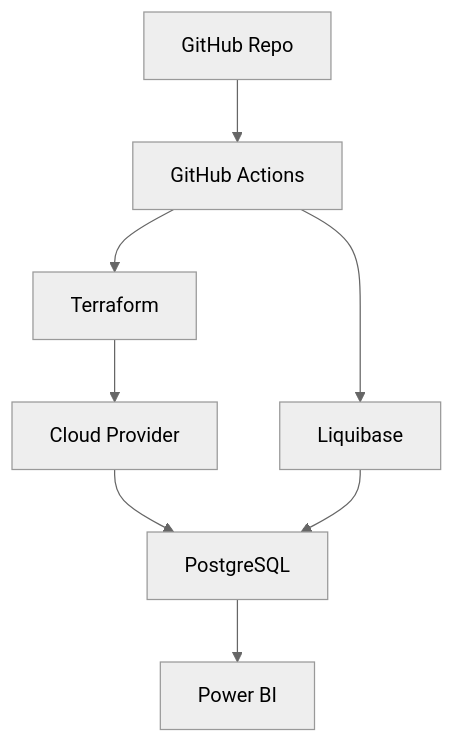
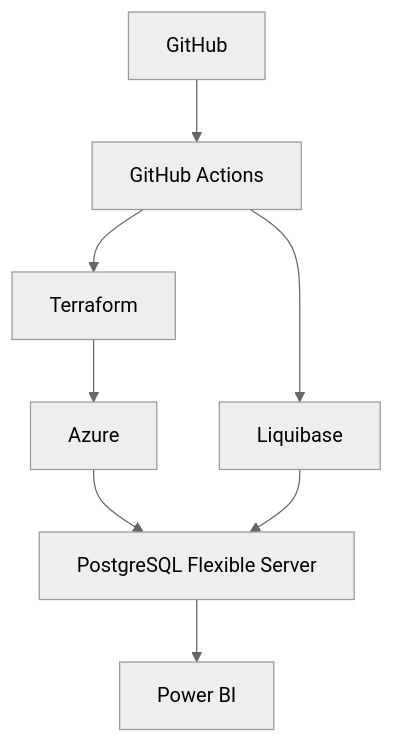
The second of 2 diagrams in README.md (UPT-FAING-EPIS/Examen_Andia_Navarro), drawn with Mermaid (neutral theme) before and after one commit. The commit also changed other lines of this file and 2 other files, not shown here.

Commit message:
Ordenar documentacion y diagramas final

````diff
--- a/README.md
+++ b/README.md
@@ -78,10 +78,10 @@
 ```mermaid
 flowchart TD
-    A[GitHub Repo] --> B[GitHub Actions]
+    A[GitHub] --> B[GitHub Actions]
     B --> C[Terraform]
-    C --> D[Cloud Provider]
-    D --> E[PostgreSQL]
+    C --> D[Azure]
+    D --> E[PostgreSQL Flexible Server]
     B --> F[Liquibase]
     F --> E
     E --> G[Power BI]
 ```
````
